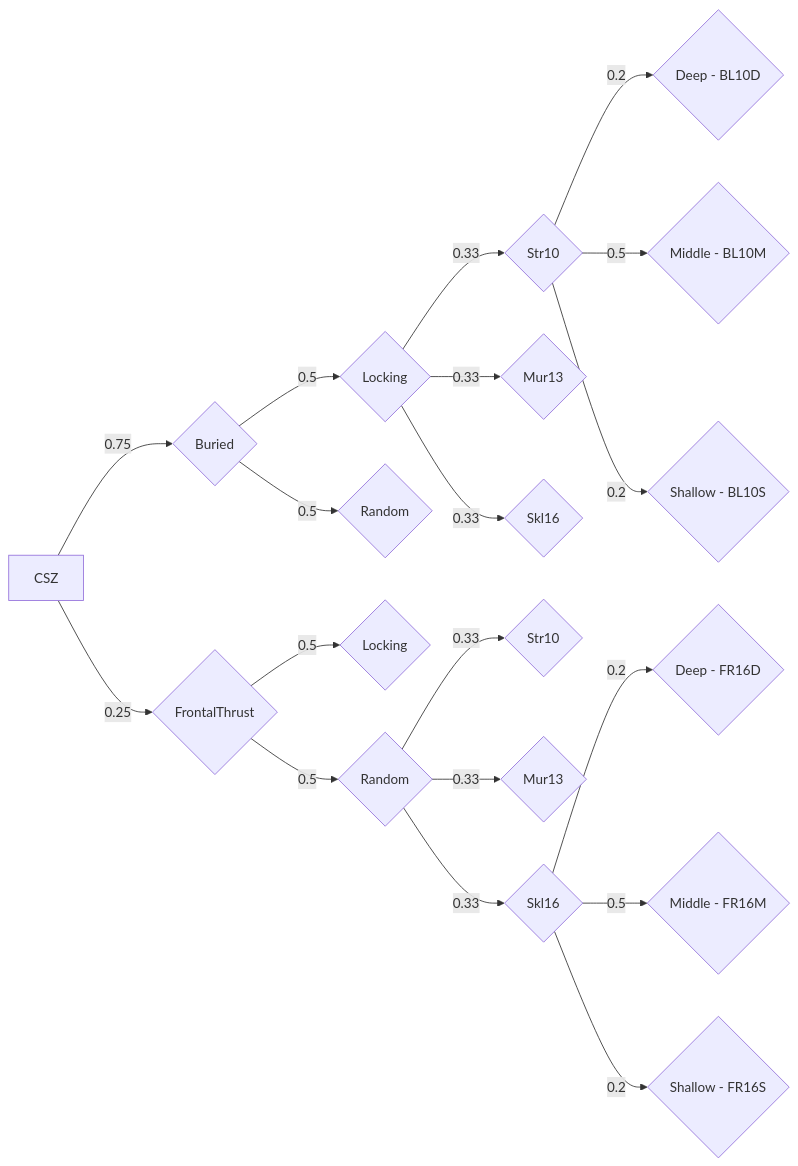
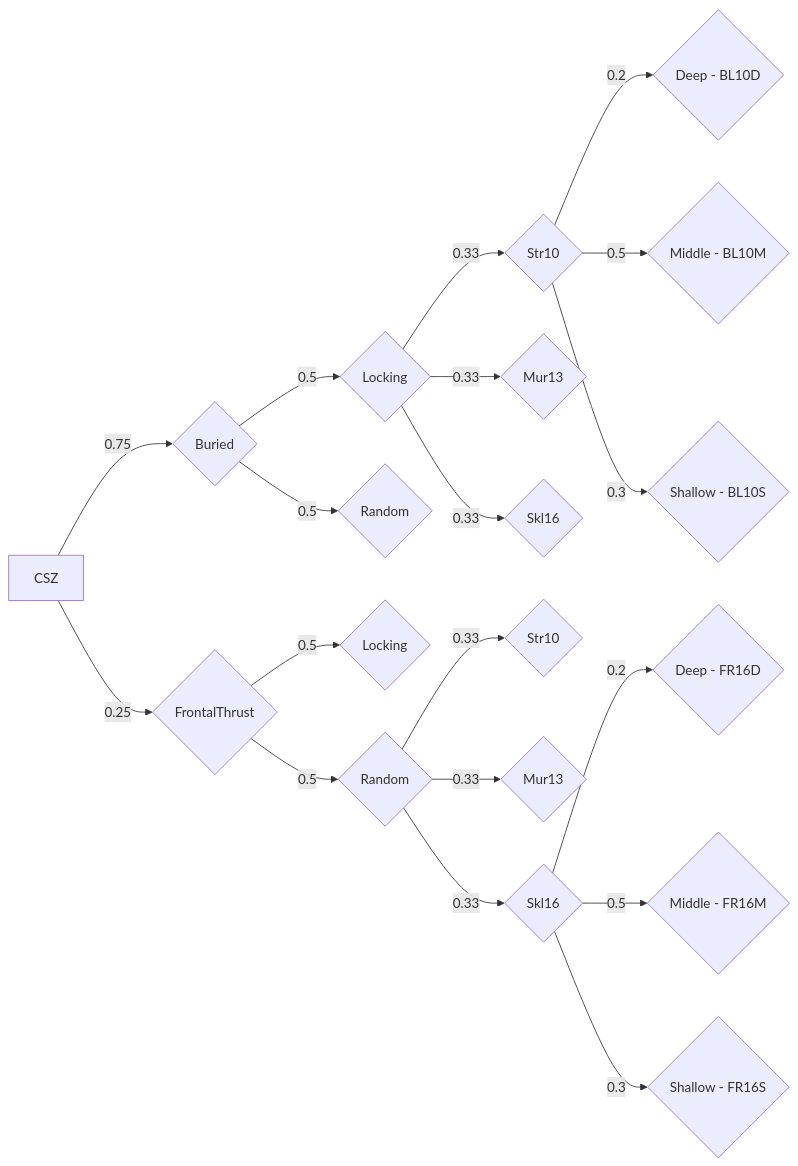
The diagram in docs/seismic-and-tsunami-sources.md (rjleveque/CHTuser), drawn with Mermaid before and after one commit. The commit also changed other lines of this file, not shown here.

````diff
--- a/docs/seismic-and-tsunami-sources.md
+++ b/docs/seismic-and-tsunami-sources.md
@@ -32,24 +44,24 @@
 ```{mermaid}
 graph LR
     CSZ --> |0.75| B{Buried}
     CSZ --> |0.25| F{FrontalThrust}
 
     B --> |0.5| BL{Locking}
     B --> |0.5| BR{Random}
     BL --> |0.33| BL10{Str10}
     BL --> |0.33| BL13{Mur13}
     BL --> |0.33| BL16{Skl16}
     BL10 --> |0.2| BL10D{Deep - BL10D}
     BL10 --> |0.5| BL10M{Middle - BL10M}
-    BL10 --> |0.2| BL10S{Shallow - BL10S}
+    BL10 --> |0.3| BL10S{Shallow - BL10S}
 
     F --> |0.5| FL{Locking}
     F --> |0.5| FR{Random}
     FR --> |0.33| FR10{Str10}
     FR --> |0.33| FR13{Mur13}
     FR --> |0.33| FR16{Skl16}
     FR16 --> |0.2| FR16D{Deep - FR16D}
     FR16 --> |0.5| FR16M{Middle - FR16M}
-    FR16 --> |0.2| FR16S{Shallow - FR16S}
+    FR16 --> |0.3| FR16S{Shallow - FR16S}
 
 ```
````
